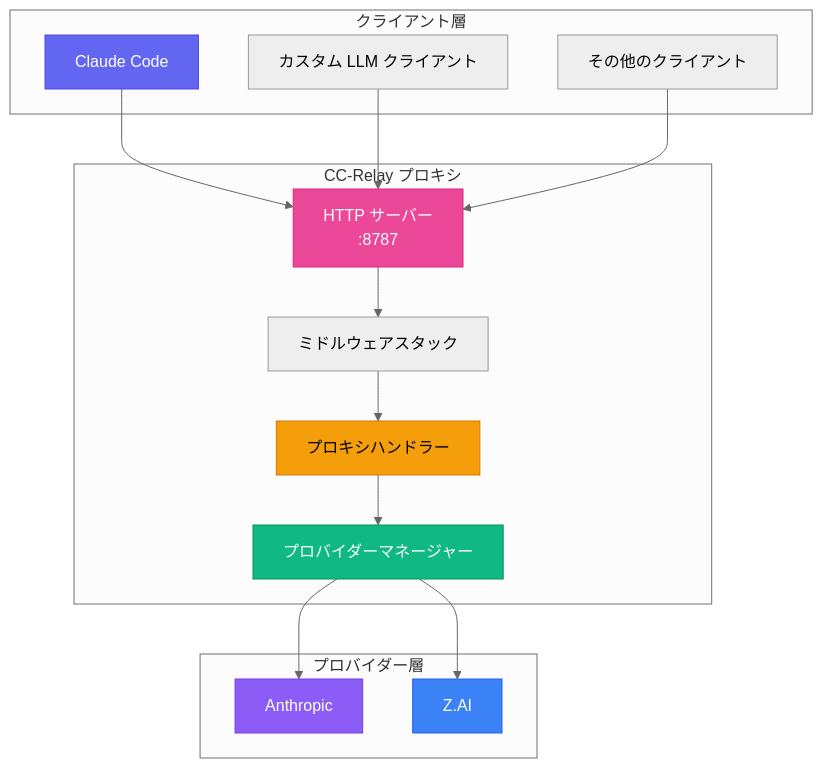
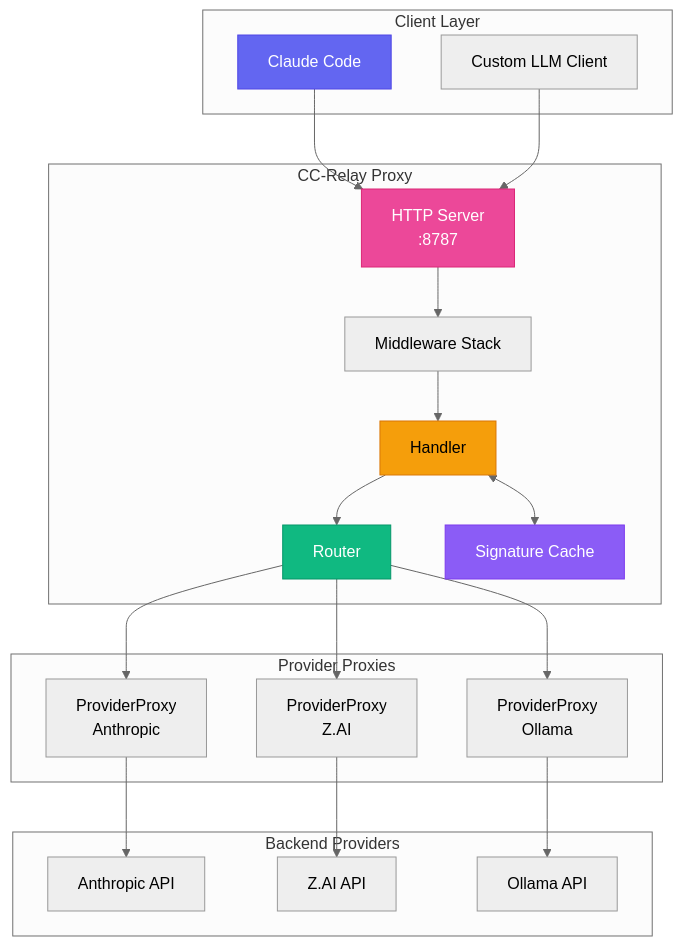
Before and after one commit to omarluq/cc-relay: the first of 5 diagrams in docs-site/content/ja/docs/architecture.md, drawn with Mermaid (neutral theme). The commit also changed other lines of this file and 5 other files, not shown here.

First line of the commit message:
docs: rewrite architecture docs with multi-provider support

````diff
--- a/docs-site/content/ja/docs/architecture.md
+++ b/docs-site/content/ja/docs/architecture.md
@@ -10,37 +10,46 @@
 ```mermaid
 graph TB
-    subgraph "クライアント層"
+    subgraph "Client Layer"
         A[Claude Code]
-        B[カスタム LLM クライアント]
-        C[その他のクライアント]
+        B[Custom LLM Client]
     end
 
-    subgraph "CC-Relay プロキシ"
-        D[HTTP サーバー<br/>:8787]
-        E[ミドルウェアスタック]
-        F[プロキシハンドラー]
-        G[プロバイダーマネージャー]
+    subgraph "CC-Relay Proxy"
+        D[HTTP Server<br/>:8787]
+        E[Middleware Stack]
+        F[Handler]
+        G[Router]
+        H[Signature Cache]
     end
 
-    subgraph "プロバイダー層"
-        H[Anthropic]
-        I[Z.AI]
+    subgraph "Provider Proxies"
+        I[ProviderProxy<br/>Anthropic]
+        J[ProviderProxy<br/>Z.AI]
+        K[ProviderProxy<br/>Ollama]
+    end
+
+    subgraph "Backend Providers"
+        L[Anthropic API]
+        M[Z.AI API]
+        N[Ollama API]
     end
 
     A --> D
     B --> D
-    C --> D
-
     D --> E
     E --> F
     F --> G
-    G --> H
+    F <--> H
     G --> I
+    G --> J
+    G --> K
+    I --> L
+    J --> M
+    K --> N
 
     style A fill:#6366f1,stroke:#4f46e5,color:#fff
     style D fill:#ec4899,stroke:#db2777,color:#fff
     style F fill:#f59e0b,stroke:#d97706,color:#000
     style G fill:#10b981,stroke:#059669,color:#fff
     style H fill:#8b5cf6,stroke:#7c3aed,color:#fff
-    style I fill:#3b82f6,stroke:#2563eb,color:#fff
 ```
````
